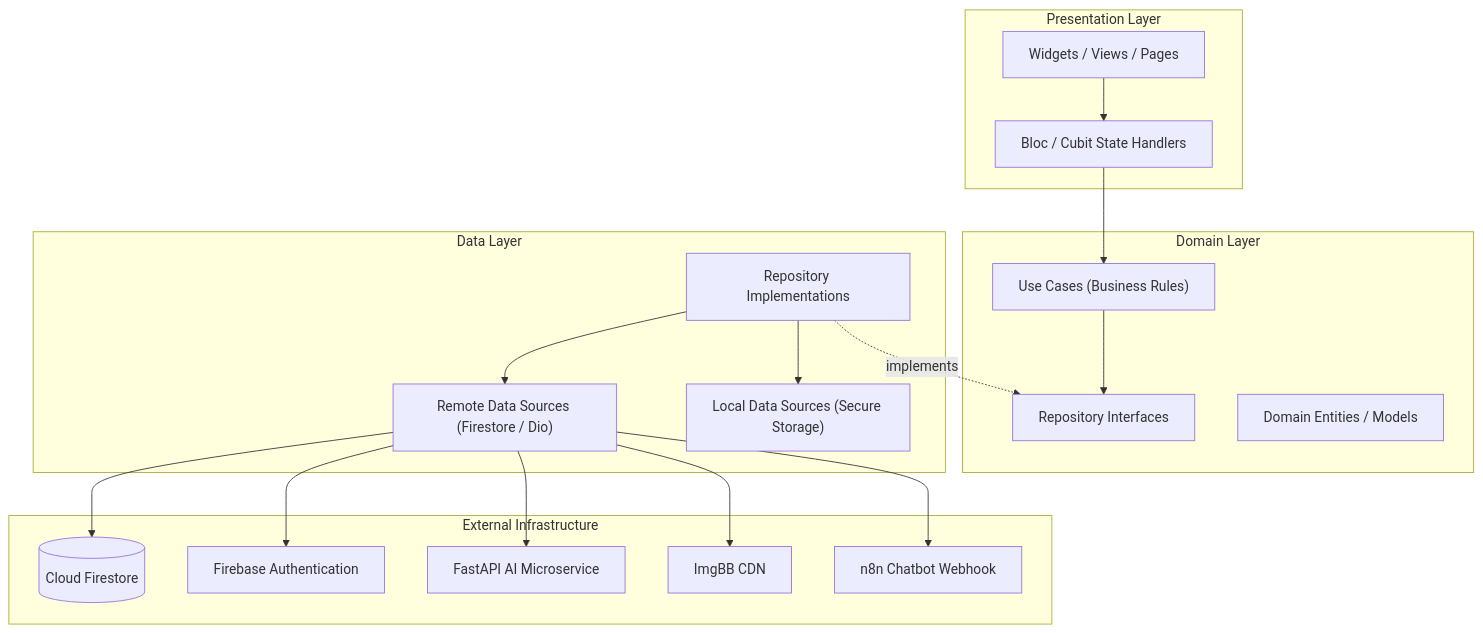
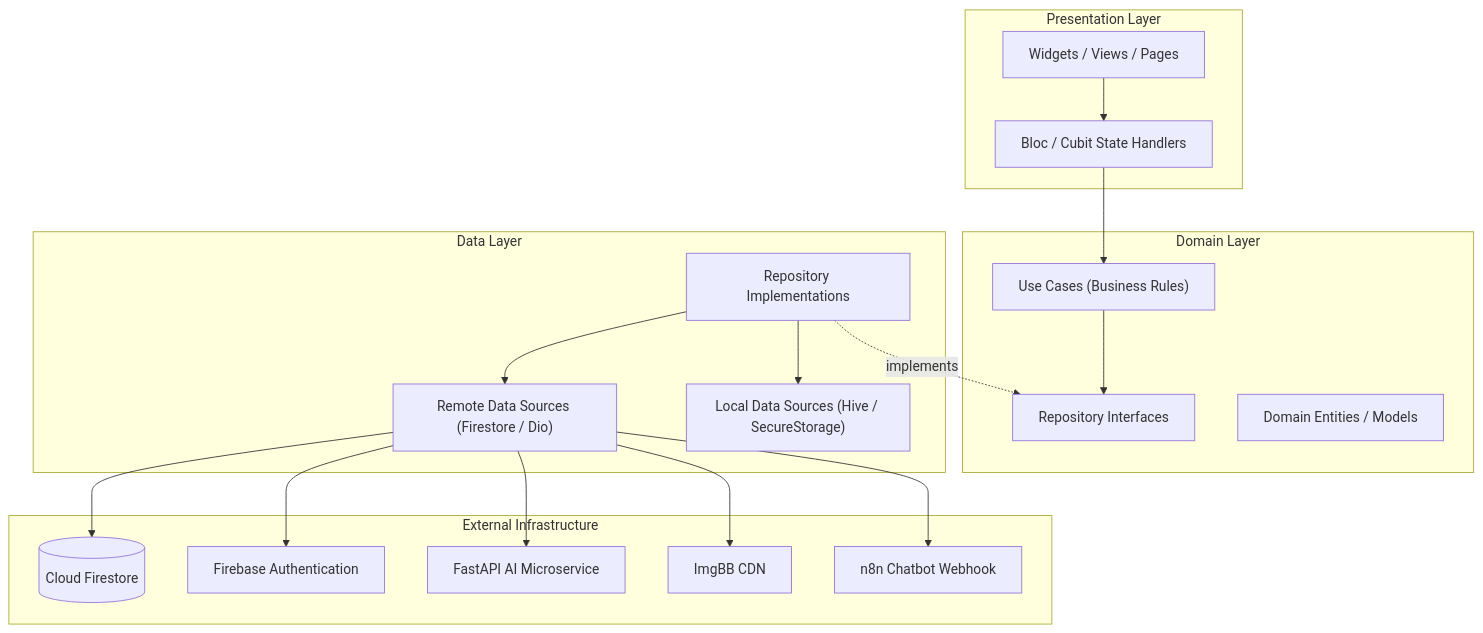
The first of 3 diagrams in README.md (hossamelshafay/ConnectHub), drawn with Mermaid before and after one commit. The commit also changed other lines of this file and 295 other files, not shown here.

````diff
--- a/README.md
+++ b/README.md
@@ -172,39 +220,39 @@
 ```mermaid
 graph TD
     subgraph Presentation ["Presentation Layer"]
         UI["Widgets / Views / Pages"]
         BLOC["Bloc / Cubit State Handlers"]
     end
 
     subgraph Domain ["Domain Layer"]
         UC["Use Cases (Business Rules)"]
         REPO_INTERFACE["Repository Interfaces"]
         ENTITY["Domain Entities / Models"]
     end
 
     subgraph Data ["Data Layer"]
         REPO_IMPL["Repository Implementations"]
         DS_REMOTE["Remote Data Sources (Firestore / Dio)"]
-        DS_LOCAL["Local Data Sources (Secure Storage)"]
+        DS_LOCAL["Local Data Sources (Hive / SecureStorage)"]
     end
 
     subgraph Infrastructure ["External Infrastructure"]
         FIRESTORE[("Cloud Firestore")]
         FIREBASE_AUTH["Firebase Authentication"]
         AI_BACKEND["FastAPI AI Microservice"]
         IMGBB["ImgBB CDN"]
         N8N["n8n Chatbot Webhook"]
     end
 
     UI --> BLOC
     BLOC --> UC
     UC --> REPO_INTERFACE
     REPO_IMPL -.implements.-> REPO_INTERFACE
     REPO_IMPL --> DS_REMOTE
     REPO_IMPL --> DS_LOCAL
     DS_REMOTE --> FIRESTORE
     DS_REMOTE --> FIREBASE_AUTH
     DS_REMOTE --> AI_BACKEND
     DS_REMOTE --> IMGBB
     DS_REMOTE --> N8N
 ```
````
